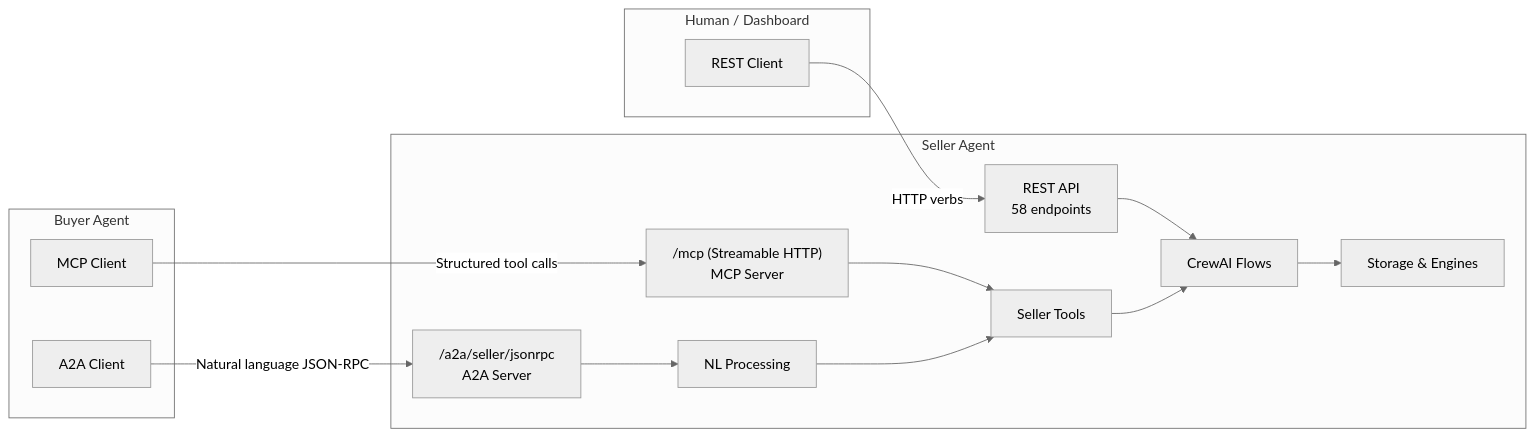
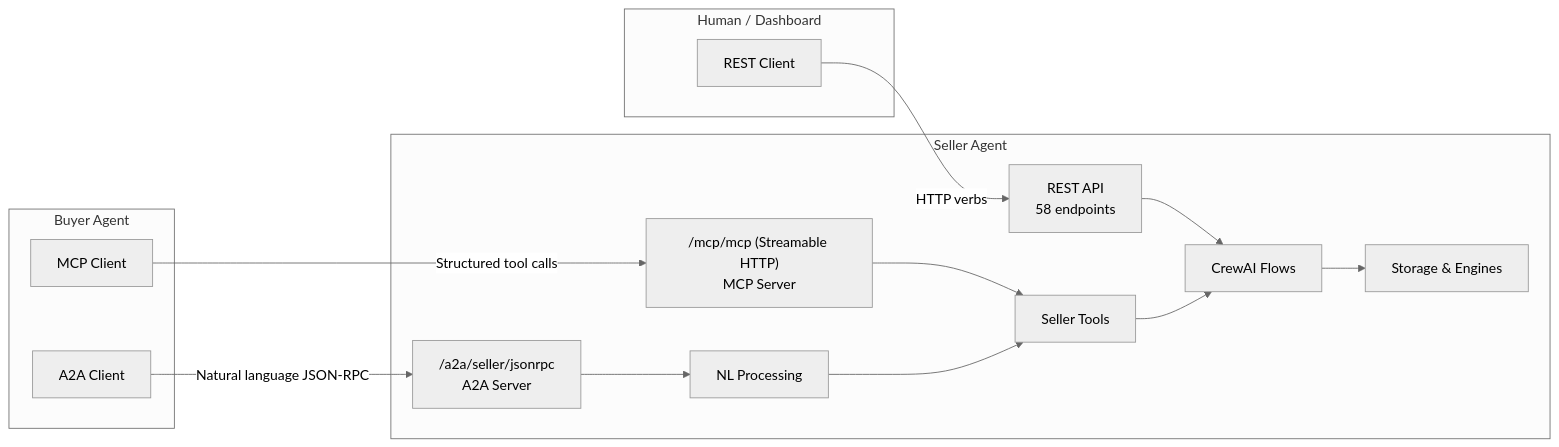
One commit to IABTechLab/seller-agent changed the first of 3 diagrams in docs/architecture/overview.md. Above: the diagram before and after it, drawn with Mermaid (neutral theme). The commit also changed other lines of this file and 6 other files, not shown here.

````diff
--- a/docs/architecture/overview.md
+++ b/docs/architecture/overview.md
@@ -9,32 +9,32 @@
 ```mermaid
 graph LR
     subgraph "Buyer Agent"
         MCP_C[MCP Client]
         A2A_C[A2A Client]
     end
 
     subgraph "Human / Dashboard"
         REST_C[REST Client]
     end
 
     subgraph "Seller Agent"
-        MCP_S["/mcp (Streamable HTTP)<br/>MCP Server"]
+        MCP_S["/mcp/mcp (Streamable HTTP)<br/>MCP Server"]
         A2A_S["/a2a/seller/jsonrpc<br/>A2A Server"]
         REST_S["REST API<br/>58 endpoints"]
         NLP[NL Processing]
         TOOLS[Seller Tools]
         FLOWS[CrewAI Flows]
         INFRA[Storage & Engines]
     end
 
     MCP_C -->|Structured tool calls| MCP_S
     A2A_C -->|Natural language JSON-RPC| A2A_S
     REST_C -->|HTTP verbs| REST_S
 
     MCP_S --> TOOLS
     A2A_S --> NLP --> TOOLS
     REST_S --> FLOWS
 
     TOOLS --> FLOWS
     FLOWS --> INFRA
 ```
````
